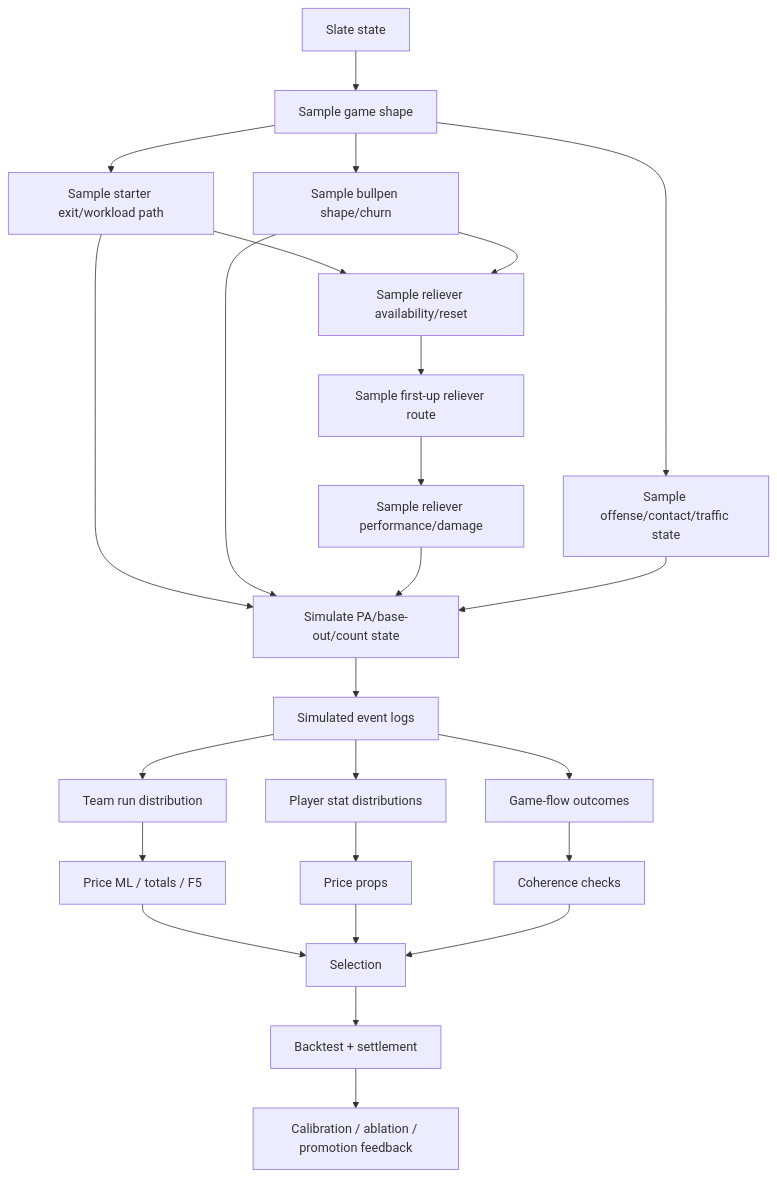
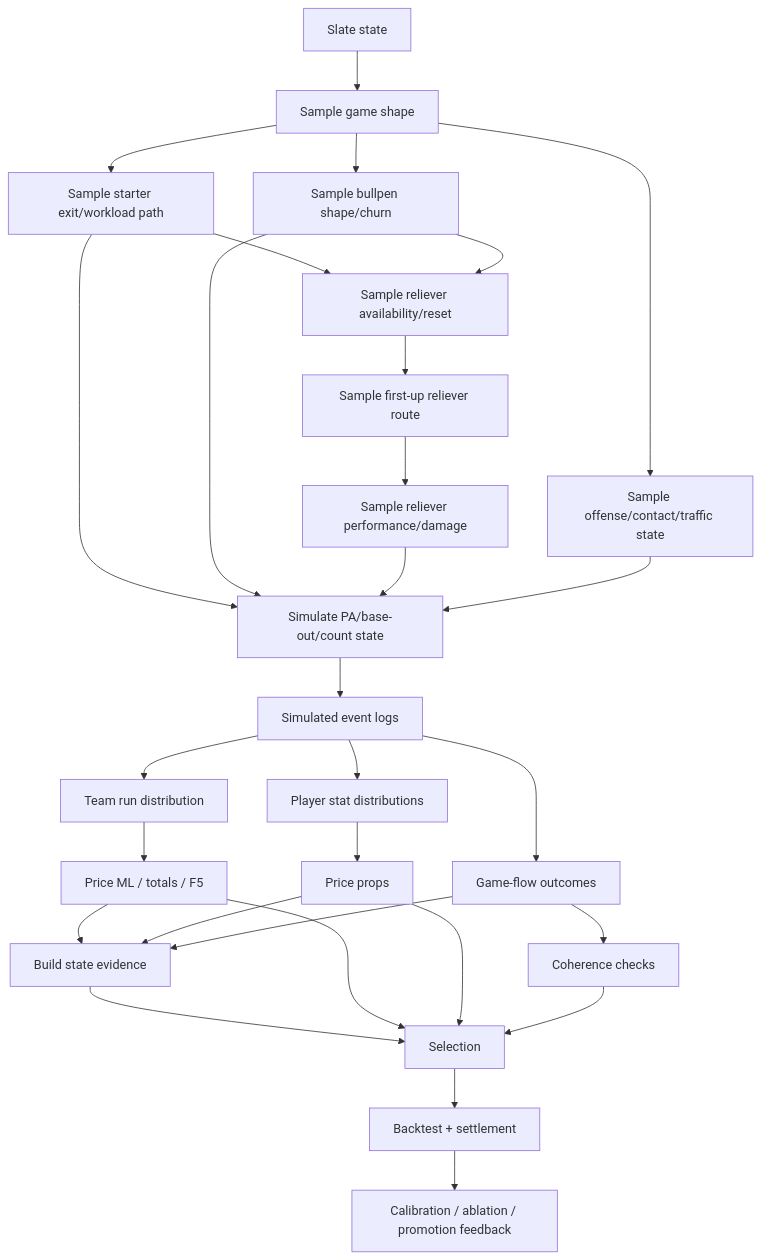
The second of 2 diagrams in development-docs/mlb/models/mlb-m3-hierarchical-simulator-architecture.md (jiancchen/SlateAi), drawn with Mermaid before and after one commit. The commit also changed other lines of this file and 2 other files, not shown here.

First line of the commit message:
Add MLB-M3 state evidence architecture

````diff
--- a/development-docs/mlb/models/mlb-m3-hierarchical-simulator-architecture.md
+++ b/development-docs/mlb/models/mlb-m3-hierarchical-simulator-architecture.md
@@ -111,30 +118,34 @@
 ```mermaid
 flowchart TD
   S["Slate state"] --> GS["Sample game shape"]
   GS --> SP["Sample starter exit/workload path"]
   GS --> BP["Sample bullpen shape/churn"]
   SP --> RA["Sample reliever availability/reset"]
   BP --> RA
   RA --> RR["Sample first-up reliever route"]
   RR --> RP["Sample reliever performance/damage"]
   GS --> OFF["Sample offense/contact/traffic state"]
 
   SP --> SIM["Simulate PA/base-out/count state"]
   BP --> SIM
   RP --> SIM
   OFF --> SIM
 
   SIM --> LOG["Simulated event logs"]
   LOG --> TR["Team run distribution"]
   LOG --> PR["Player stat distributions"]
   LOG --> GF["Game-flow outcomes"]
 
   TR --> MK["Price ML / totals / F5"]
   PR --> PK["Price props"]
   GF --> CK["Coherence checks"]
-  MK --> SEL["Selection"]
+  MK --> EV["Build state evidence"]
+  PK --> EV
+  GF --> EV
+  EV --> SEL["Selection"]
+  MK --> SEL
   PK --> SEL
   CK --> SEL
   SEL --> BT["Backtest + settlement"]
   BT --> FB["Calibration / ablation / promotion feedback"]
 ```
````
